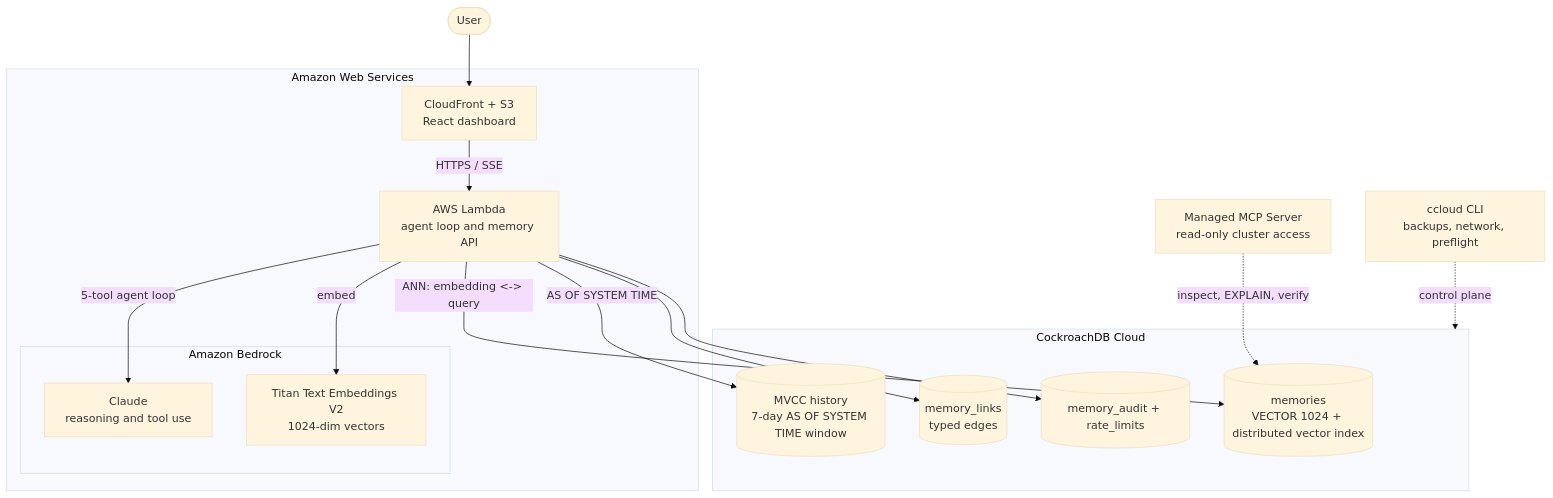
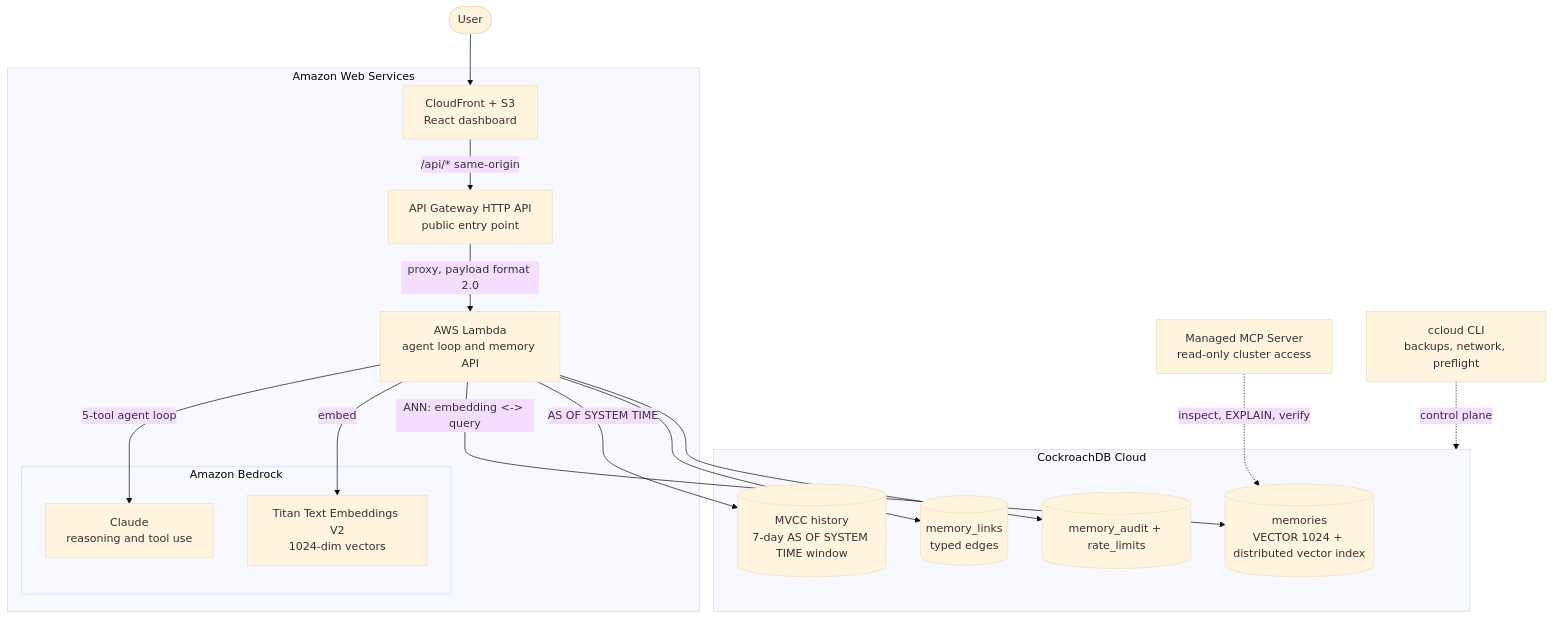
The diagram in README.md (Nshuti001/memora-ai-hackathon), drawn with Mermaid (base theme) before and after one commit. The commit also changed 1 other file, not shown here.

First paragraph of the commit message:
Route the API through API Gateway and record why the other two routes failed
The deployed API needed a public front door and the obvious two did not work on
this account:

````diff
--- a/README.md
+++ b/README.md
@@ -26,35 +26,37 @@
 ```mermaid
 flowchart TB
     User([User])
 
     subgraph AWS["Amazon Web Services"]
         CF[CloudFront + S3<br/>React dashboard]
+        APIGW[API Gateway HTTP API<br/>public entry point]
         LAM[AWS Lambda<br/>agent loop and memory API]
 
         subgraph BR["Amazon Bedrock"]
             CLAUDE[Claude<br/>reasoning and tool use]
             TITAN[Titan Text Embeddings V2<br/>1024-dim vectors]
         end
     end
 
     subgraph CRDB["CockroachDB Cloud"]
         VEC[(memories<br/>VECTOR 1024 + distributed vector index)]
         MVCC[(MVCC history<br/>7-day AS OF SYSTEM TIME window)]
         GRAPH[(memory_links<br/>typed edges)]
         AUDIT[(memory_audit + rate_limits)]
     end
 
     MCP[Managed MCP Server<br/>read-only cluster access]
     CCLOUD[ccloud CLI<br/>backups, network, preflight]
 
     User --> CF
-    CF -->|"HTTPS / SSE"| LAM
+    CF -->|"/api/* same-origin"| APIGW
+    APIGW -->|"proxy, payload format 2.0"| LAM
     LAM -->|"5-tool agent loop"| CLAUDE
     LAM -->|"embed"| TITAN
     LAM -->|"ANN: embedding &lt;-&gt; query"| VEC
     LAM -->|"AS OF SYSTEM TIME"| MVCC
     LAM --> GRAPH
     LAM --> AUDIT
     MCP -.->|"inspect, EXPLAIN, verify"| VEC
     CCLOUD -.->|"control plane"| CRDB
 ```
````
